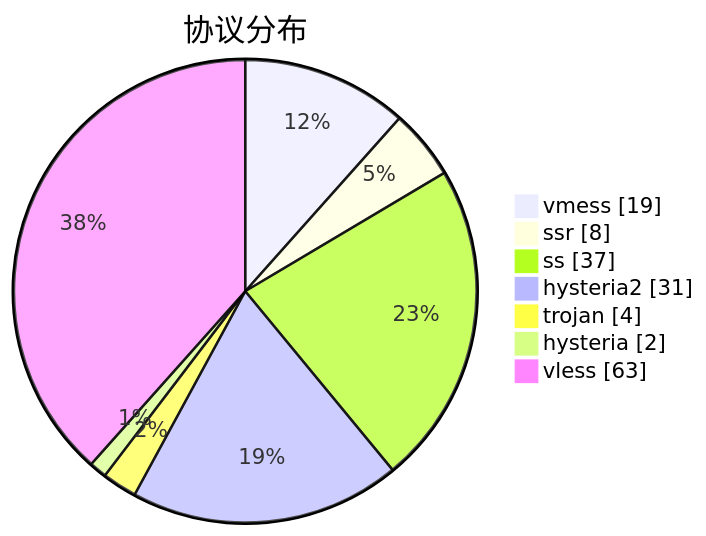
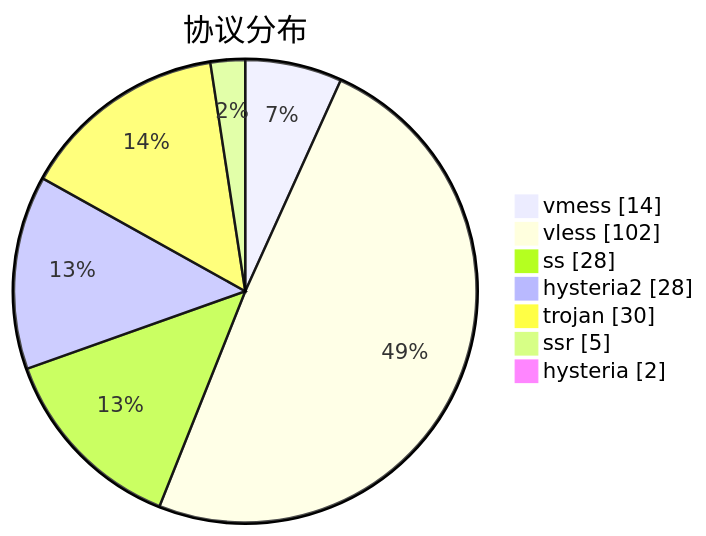
One commit to sinspired/airport changed the third of 3 diagrams in subs/statistics/tested_within.md. Above: the diagram before and after it, drawn with Mermaid. The commit also changed other lines of this file and 2 other files, not shown here.

````diff
--- a/subs/statistics/tested_within.md
+++ b/subs/statistics/tested_within.md
@@ -41,11 +38,11 @@
 ```mermaid
 pie showData
 title 协议分布
-"vmess" : 19
-"ssr" : 8
-"ss" : 37
-"hysteria2" : 31
-"trojan" : 4
+"vmess" : 14
+"vless" : 102
+"ss" : 28
+"hysteria2" : 28
+"trojan" : 30
+"ssr" : 5
 "hysteria" : 2
-"vless" : 63
 ```
````
